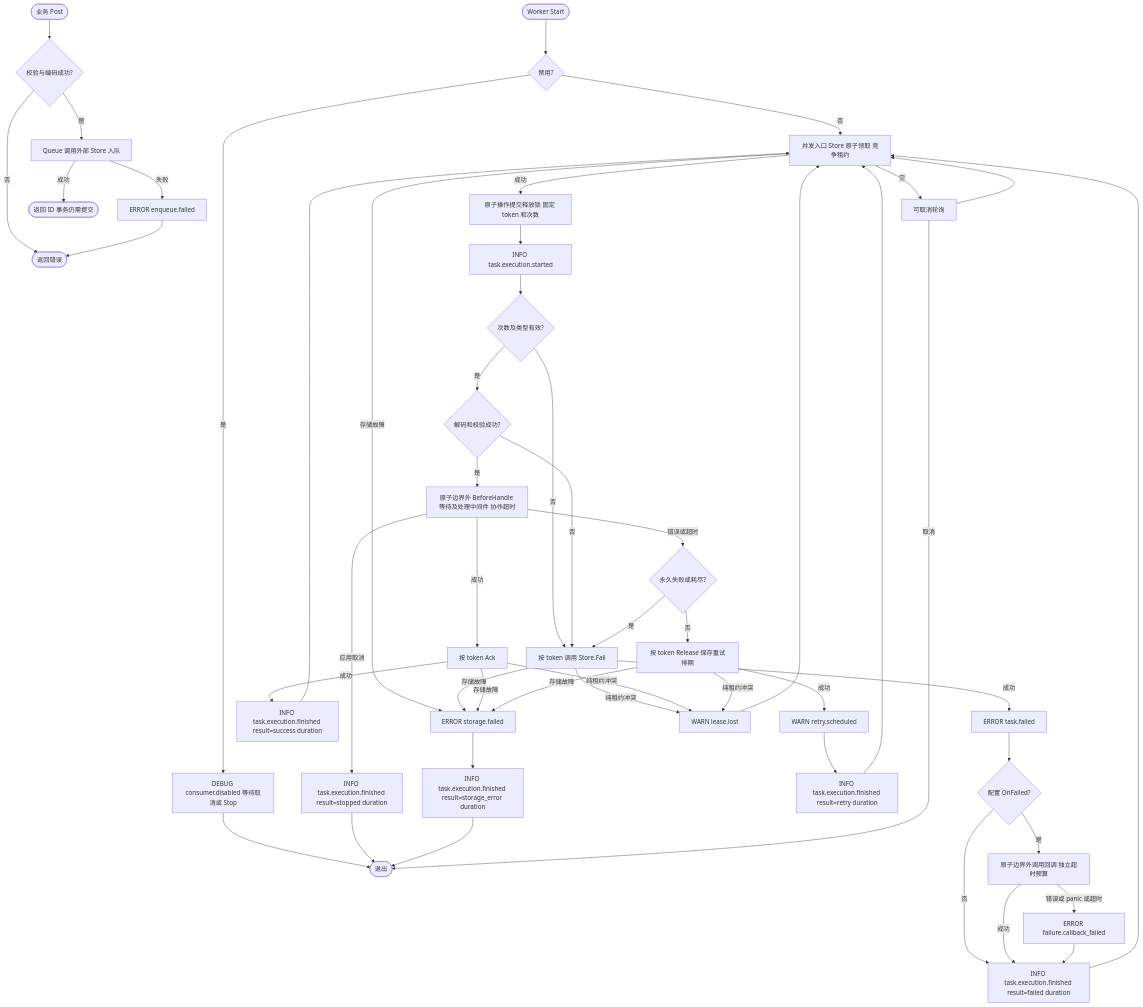
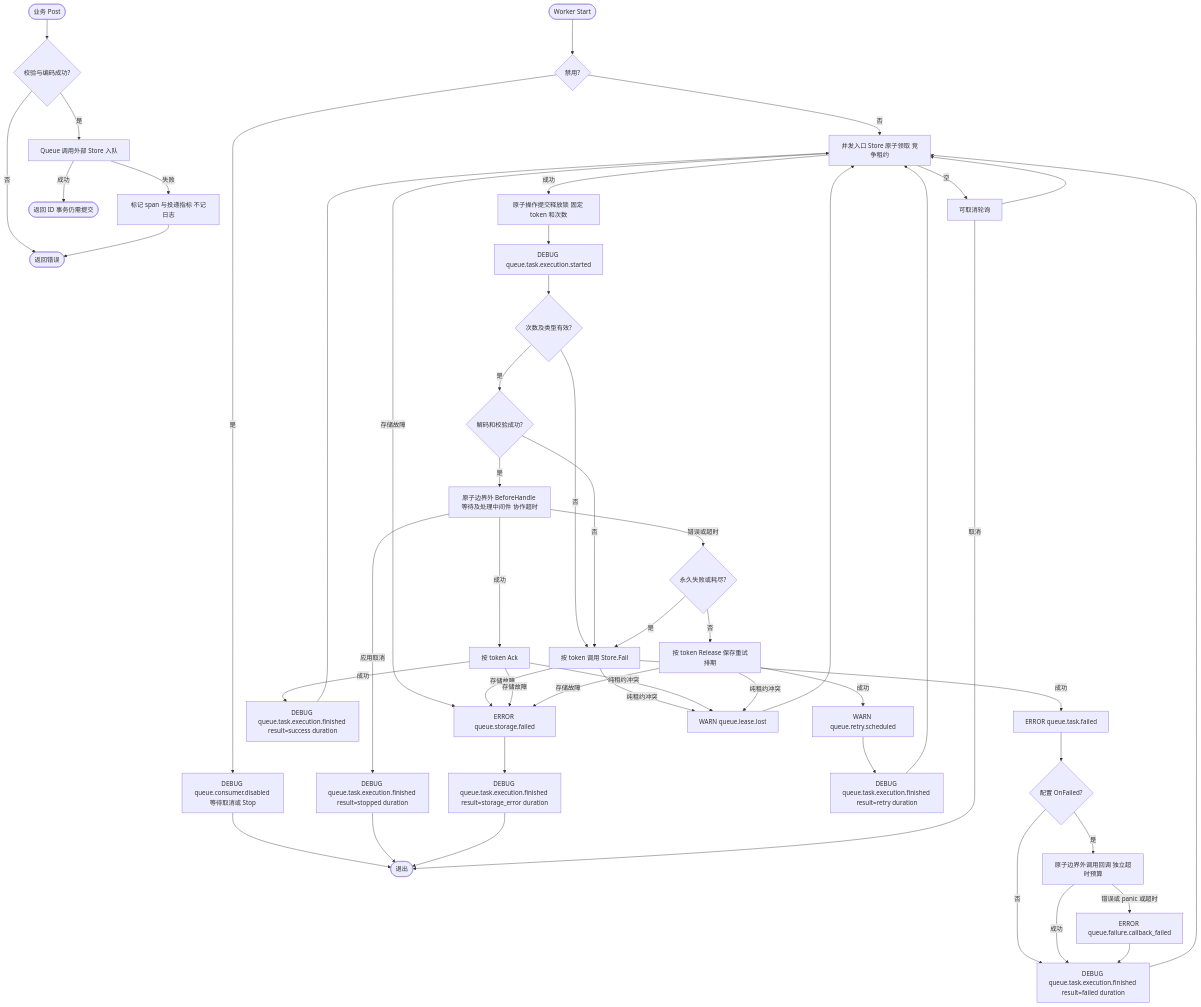
The fourth of 4 diagrams in pkg/queue/typed.md (jaggerzhuang1994/kratos-foundation), drawn with Mermaid before and after one commit. The commit also changed other lines of this file and 204 other files, not shown here.

````diff
--- a/pkg/queue/typed.md
+++ b/pkg/queue/typed.md
@@ -182,45 +182,45 @@
 ```mermaid
 flowchart TD
     A([业务 Post]) --> B{校验与编码成功?}
     B -- 否 --> Z([返回错误])
     B -- 是 --> C[Queue 调用外部 Store 入队]
-    C -- 失败 --> D[ERROR enqueue.failed]
+    C -- 失败 --> D[标记 span 与投递指标 不记日志]
     D --> Z
     C -- 成功 --> E([返回 ID 事务仍需提交])
     F([Worker Start]) --> G{禁用?}
-    G -- 是 --> H[DEBUG consumer.disabled 等待取消或 Stop]
+    G -- 是 --> H[DEBUG queue.consumer.disabled 等待取消或 Stop]
     H --> END([退出])
     G -- 否 --> I[并发入口 Store 原子领取 竞争租约]
     I -- 空 --> W[可取消轮询]
     W --> I
     I -- 成功 --> J[原子操作提交释放锁 固定 token 和次数]
-    J --> JS[INFO task.execution.started]
+    J --> JS[DEBUG queue.task.execution.started]
     JS --> K{次数及类型有效?}
     K -- 否 --> FAIL[按 token 调用 Store.Fail]
     K -- 是 --> L{解码和校验成功?}
     L -- 否 --> FAIL
     L -- 是 --> M[原子边界外 BeforeHandle 等待及处理中间件 协作超时]
-    M -- 应用取消 --> STOP[INFO task.execution.finished result=stopped duration]
+    M -- 应用取消 --> STOP[DEBUG queue.task.execution.finished result=stopped duration]
     STOP --> END
     M -- 成功 --> ACK[按 token Ack]
     M -- 错误或超时 --> N{永久失败或耗尽?}
     N -- 是 --> FAIL
     N -- 否 --> R[按 token Release 保存重试排期]
-    R -- 成功 --> RL[WARN retry.scheduled]
-    ACK -- 成功 --> AL[INFO task.execution.finished result=success duration]
-    FAIL -- 成功 --> FL[ERROR task.failed]
+    R -- 成功 --> RL[WARN queue.retry.scheduled]
+    ACK -- 成功 --> AL[DEBUG queue.task.execution.finished result=success duration]
+    FAIL -- 成功 --> FL[ERROR queue.task.failed]
     FL --> CB{配置 OnFailed?}
-    CB -- 否 --> FF[INFO task.execution.finished result=failed duration]
+    CB -- 否 --> FF[DEBUG queue.task.execution.finished result=failed duration]
     CB -- 是 --> CALL[原子边界外调用回调 独立超时预算]
     CALL -- 成功 --> FF
-    CALL -- 错误或 panic 或超时 --> CL[ERROR failure.callback_failed]
+    CALL -- 错误或 panic 或超时 --> CL[ERROR queue.failure.callback_failed]
     CL --> FF
-    RL --> RF[INFO task.execution.finished result=retry duration]
+    RL --> RF[DEBUG queue.task.execution.finished result=retry duration]
     RF & FF & AL --> I
-    I & FAIL & ACK & R -- 存储故障 --> SL[ERROR storage.failed]
-    SL --> SF[INFO task.execution.finished result=storage_error duration]
+    I & FAIL & ACK & R -- 存储故障 --> SL[ERROR queue.storage.failed]
+    SL --> SF[DEBUG queue.task.execution.finished result=storage_error duration]
     SF --> END
-    FAIL & ACK & R -- 纯租约冲突 --> LL[WARN lease.lost]
+    FAIL & ACK & R -- 纯租约冲突 --> LL[WARN queue.lease.lost]
     LL --> I
     W -- 取消 --> END
 ```
````
